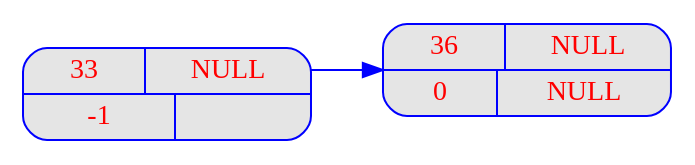
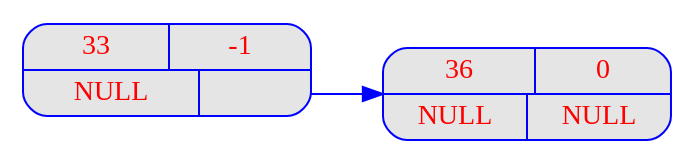
The diagram in Exerc1/Output/Image1.dot (BrunoZimmer/CentraleLille-FilRouge-2021), drawn with Graphviz before and after one commit. The commit also changed 10 other files, not shown here.

```diff
--- a/Exerc1/Output/Image1.dot
+++ b/Exerc1/Output/Image1.dot
@@ -1,27 +1,26 @@
 digraph liste { 
 graph [ 
 	rankdir = "LR" 
 ] 
 
 node [ 
 	fontname = "Arial bold"
 	fontsize = "14" 
 	fontcolor = "red" 
 	style = "rounded, filled" 
 	shape = "record" 
 	fillcolor = "grey90" 
 	color = "blue" 
 	width = "2" 
 ] 
 
 edge [ 
 	color = "blue" 
 ] 
 
 
-"ID_0003" [label = "{<elt> 36  | <next> NULL}|{<facteur> 0 | <next> NULL}"];
-"ID_0001" [label = "{<elt> 33  | <next> NULL}|{<facteur> -1 | <next>}"];
+"ID_0003" [label = "{<elt> 36  | <> 0 } |{<nextL> NULL | <next> NULL}"];
+"ID_0001" [label = "{<elt> 33  | <> -1 } |{<nextL> NULL | <next> }"];
 "ID_0001" : next -> "ID_0003";
 
-
 }
```
